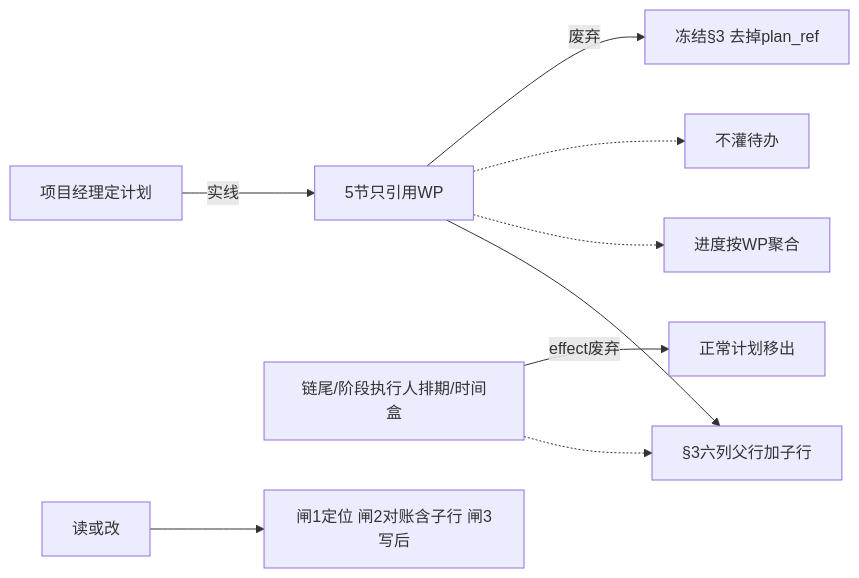
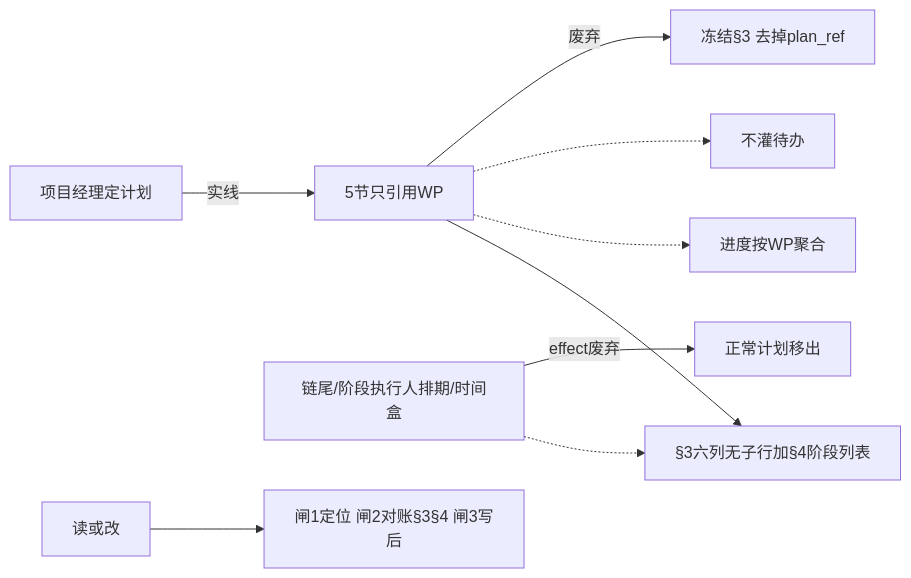
Before and after one commit to qiusuo0226/chrono-pm-skill: the sixth of 22 diagrams in ChronoPM-Project/SKILL_MODULE_MAP.md, drawn with Mermaid. The commit also changed other lines of this file and 13 other files, not shown here.

Commit message:
3.14.0 节点7：版本锁步3.14.0与schema 0.15.0

````diff
--- a/ChronoPM-Project/SKILL_MODULE_MAP.md
+++ b/ChronoPM-Project/SKILL_MODULE_MAP.md
@@ -68,11 +68,11 @@
 ```mermaid
 flowchart LR
   PM[项目经理定计划] -->|实线| PLAN[5节只引用WP]
-  WP[链尾/阶段执行人排期/时间盒] -.-> S3[§3六列父行加子行]
+  WP[链尾/阶段执行人排期/时间盒] -.-> S3[§3六列无子行加§4阶段列表]
   PLAN --> S3
   PLAN -.-> PROG[进度按WP聚合]
   PLAN -.-> X[不灌待办]
-  Q[读或改] --> GATE[闸1定位 闸2对账含子行 闸3写后]
+  Q[读或改] --> GATE[闸1定位 闸2对账§3§4 闸3写后]
   PLAN -->|废弃| FZ[冻结§3 去掉plan_ref]
   WP -->|effect废弃| RM[正常计划移出]
 ```
````
